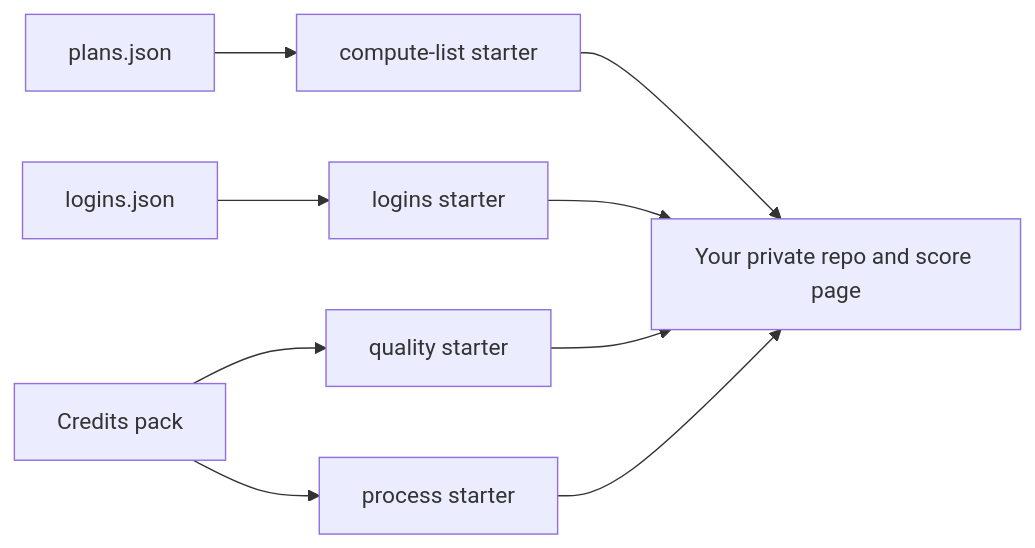
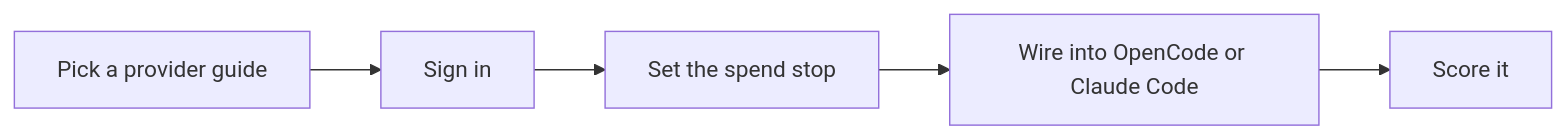
The diagram in README.md (SoulCraft-Org/compute-crafter), drawn with Mermaid before and after one commit. The commit also changed other lines of this file, not shown here.

First line of the commit message:
README: OpenCode first, visual

````diff
--- a/README.md
+++ b/README.md
@@ -11,8 +11,4 @@
 ```mermaid
 flowchart LR
-  P[plans.json] --> L[compute-list starter]
-  G[logins.json] --> N[logins starter]
-  K[Credits pack] --> Q[quality starter]
-  K --> R[process starter]
-  L & N & Q & R --> Y[Your private repo and score page]
+  G[Pick a provider guide] --> S[Sign in] --> C[Set the spend stop] --> W[Wire into OpenCode or Claude Code] --> Q[Score it]
 ```
````
